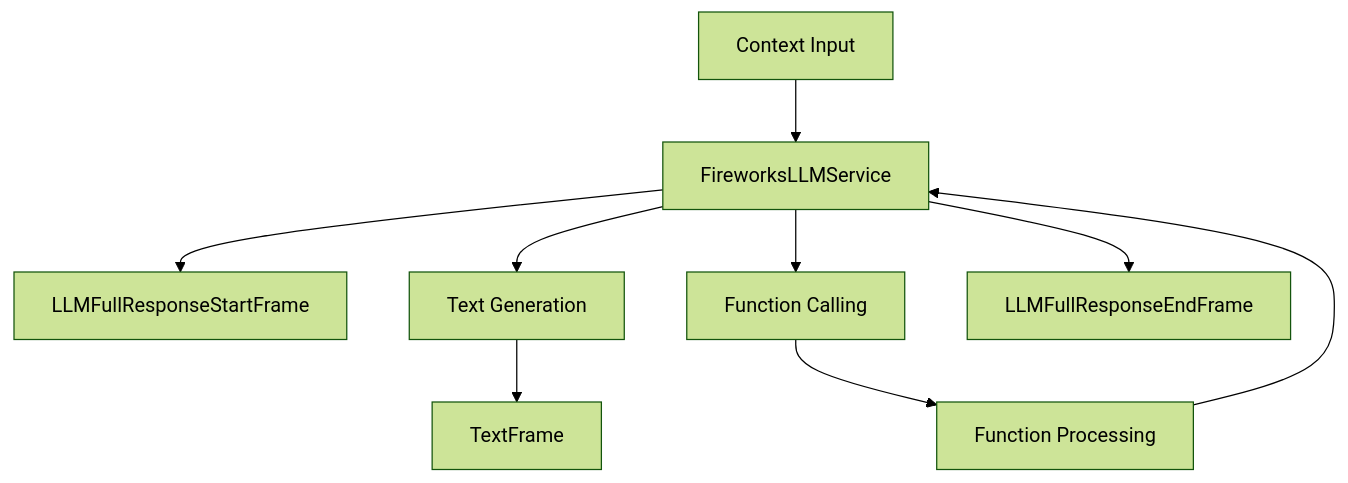
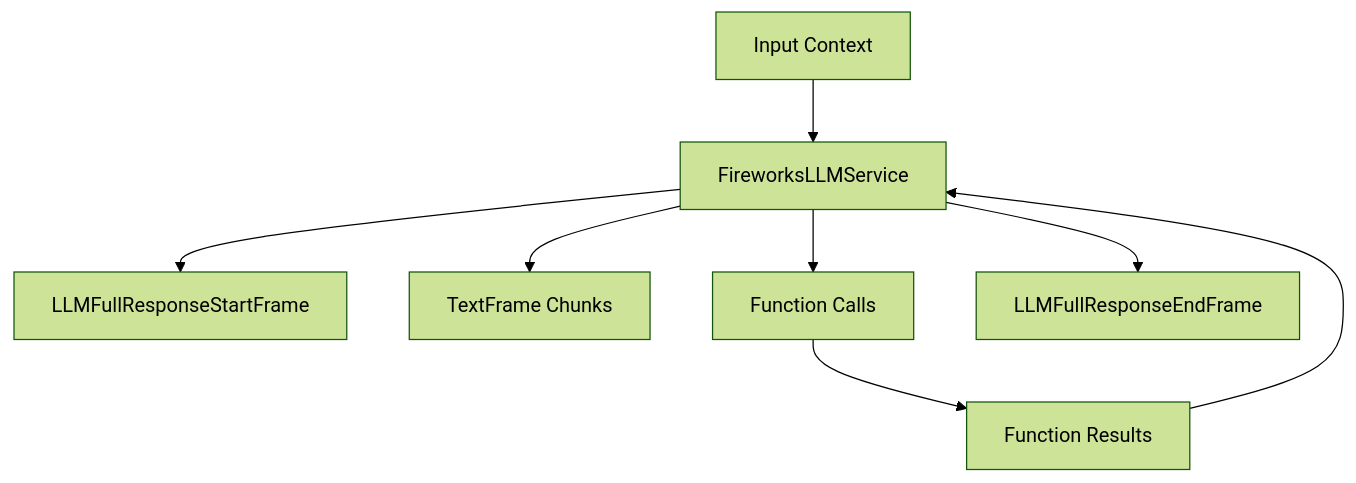
The diagram in api-reference/services/llm/fireworks.mdx (pipecat-ai/docs), drawn with Mermaid (forest theme) before and after one commit. The commit also changed other lines of this file and 25 other files, not shown here.

Commit message:
Clean up Frame Flow diagrams

````diff
--- a/api-reference/services/llm/fireworks.mdx
+++ b/api-reference/services/llm/fireworks.mdx
@@ -138,11 +170,10 @@
 ```mermaid
 graph TD
-    A[Context Input] --> B[FireworksLLMService]
+    A[Input Context] --> B[FireworksLLMService]
     B --> C[LLMFullResponseStartFrame]
-    B --> D[Text Generation]
-    B --> E[Function Calling]
-    E --> F[Function Processing]
-    F --> B
-    D --> G[TextFrame]
-    B --> H[LLMFullResponseEndFrame]
+    B --> D[TextFrame Chunks]
+    B --> E[Function Calls]
+    B --> F[LLMFullResponseEndFrame]
+    E --> G[Function Results]
+    G --> B
 ```
````
